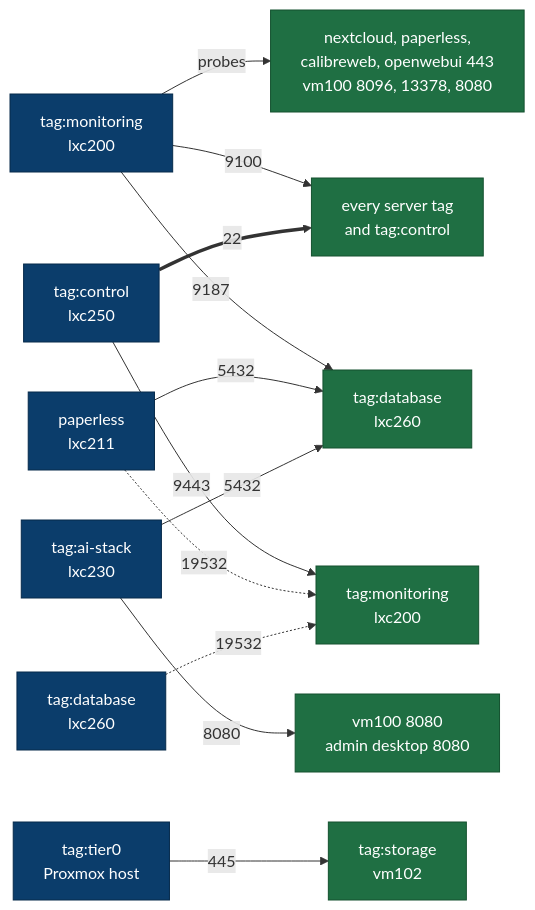
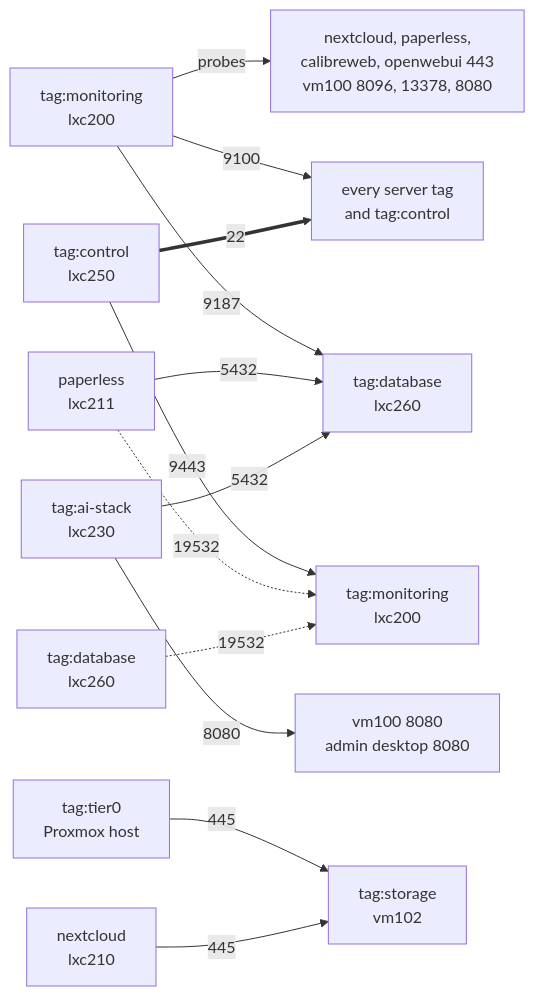
Before and after one commit to NicolasPogorzelski/homelab-server-architecture: the second of 3 diagrams in docs/architecture/diagram.md, drawn with Mermaid. The commit also changed other lines of this file and 23 other files, not shown here.

First line of the commit message:
docs(docs): reduce node, service and architecture documents to current state

````diff
--- a/docs/architecture/diagram.md
+++ b/docs/architecture/diagram.md
@@ -89,36 +60,33 @@
 ```mermaid
 flowchart LR
   accTitle: Tailscale ACL - service-to-service, control and monitoring rules
-  accDescr: The monitoring node, the control node, the hypervisor, Paperless and the AI stack on the left, with the ports they may reach.
+  accDescr: The monitoring node, the control node, the hypervisor, Nextcloud, Paperless, the database and the AI stack on the left, with the ports they may reach.
 
   MON_S["tag:monitoring<br/>lxc200"]
   CTL_S["tag:control<br/>lxc250"]
   T0_S["tag:tier0<br/>Proxmox host"]
+  NC_S["nextcloud<br/>lxc210"]
   PL_S["paperless<br/>lxc211"]
   DB_S["tag:database<br/>lxc260"]
   AI_S["tag:ai-stack<br/>lxc230"]
 
   SERVERS["every server tag<br/>and tag:control"]
   PROBES["nextcloud, paperless,<br/>calibreweb, openwebui 443<br/>vm100 8096, 13378, 8080"]
   ST_D["tag:storage<br/>vm102"]
   DB_D["tag:database<br/>lxc260"]
   MON_D["tag:monitoring<br/>lxc200"]
-  OLL["vm100 8080<br/>admin desktop 8080"]
+  LLM["vm100 8080<br/>admin desktop 8080"]
 
   MON_S -->|"9100"| SERVERS
   MON_S -->|"9187"| DB_D
   MON_S -->|"probes"| PROBES
   CTL_S ==>|"22"| SERVERS
   CTL_S -->|"9443"| MON_D
   T0_S -->|"445"| ST_D
+  NC_S -->|"445"| ST_D
   PL_S -->|"5432"| DB_D
   PL_S -.->|"19532"| MON_D
   DB_S -.->|"19532"| MON_D
   AI_S -->|"5432"| DB_D
-  AI_S -->|"8080"| OLL
-
-  classDef src fill:#0b3d6b,stroke:#062a4b,color:#ffffff
-  classDef dst fill:#1f6f43,stroke:#14512f,color:#ffffff
-  class MON_S,CTL_S,T0_S,PL_S,DB_S,AI_S src
-  class SERVERS,PROBES,ST_D,DB_D,MON_D,OLL dst
+  AI_S -->|"8080"| LLM
 ```
````
